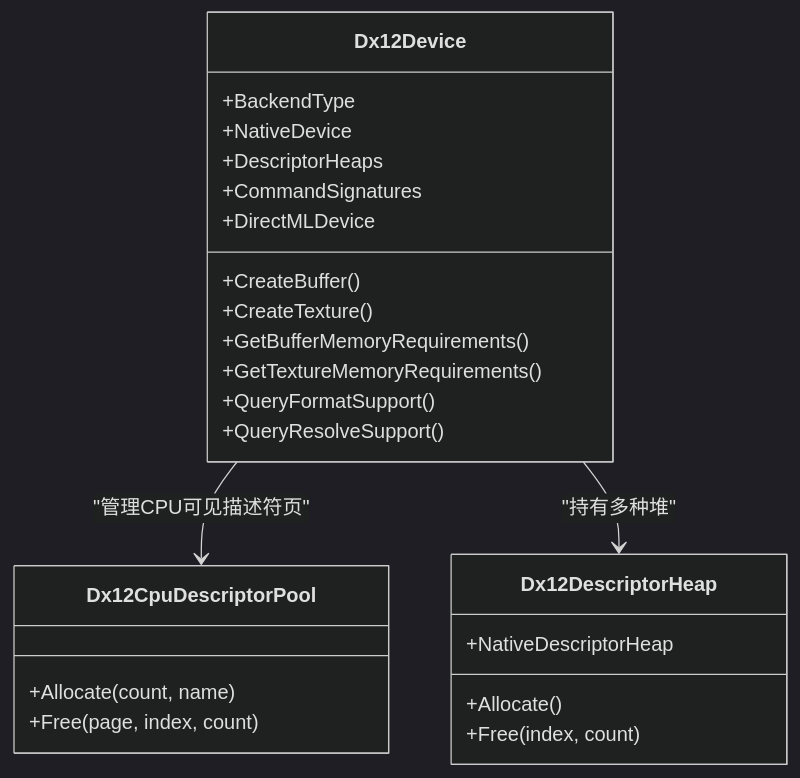
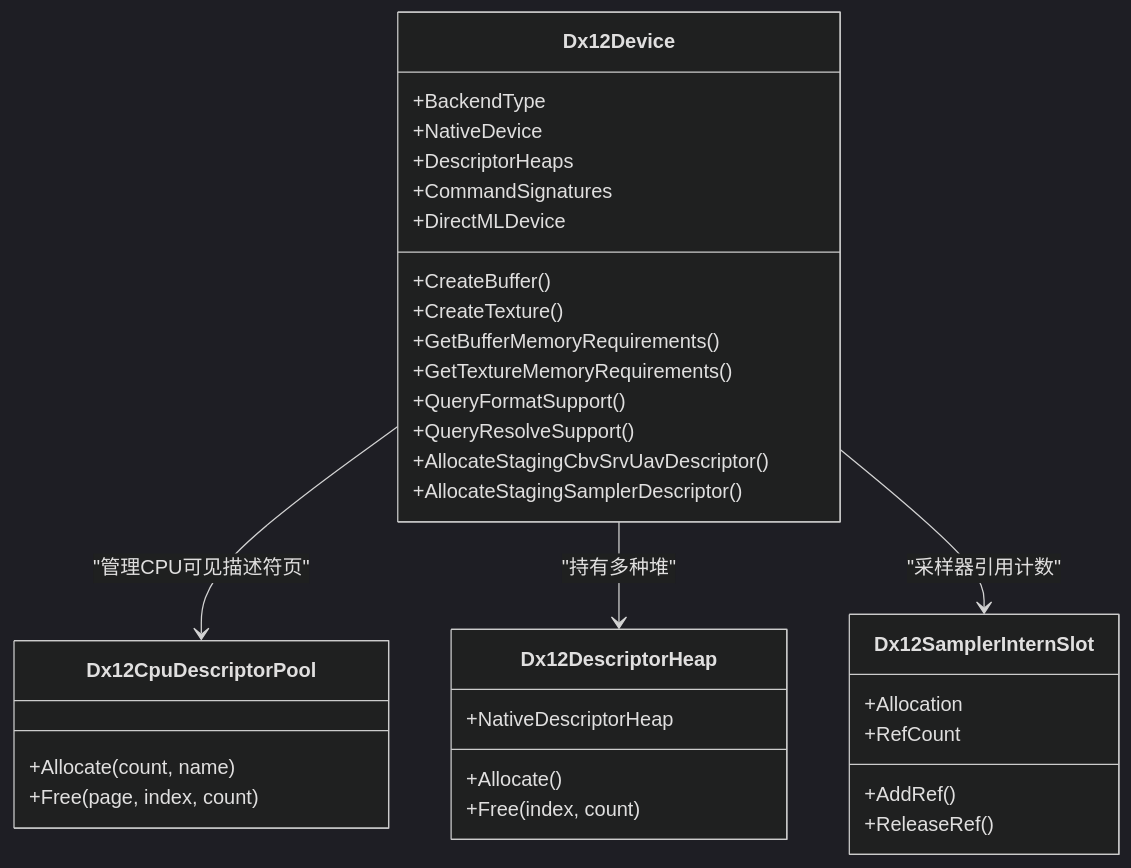
Before and after one commit to haolange/SharpGPU: the third of 10 diagrams in .qoder/repowiki/zh/content/后端实现/DirectX 12 后端.md, drawn with Mermaid (dark theme). The commit also changed other lines of this file and 4 other files, not shown here.

````diff
--- a/.qoder/repowiki/zh/content/后端实现/DirectX 12 后端.md
+++ b/.qoder/repowiki/zh/content/后端实现/DirectX 12 后端.md
@@ -120,27 +144,36 @@
 ```mermaid
 classDiagram
 class Dx12Device {
 +BackendType
 +NativeDevice
 +DescriptorHeaps
 +CommandSignatures
 +DirectMLDevice
 +CreateBuffer()
 +CreateTexture()
 +GetBufferMemoryRequirements()
 +GetTextureMemoryRequirements()
 +QueryFormatSupport()
 +QueryResolveSupport()
++AllocateStagingCbvSrvUavDescriptor()
++AllocateStagingSamplerDescriptor()
 }
 class Dx12CpuDescriptorPool {
 +Allocate(count, name)
 +Free(page, index, count)
 }
 class Dx12DescriptorHeap {
 +Allocate()
 +Free(index, count)
 +NativeDescriptorHeap
 }
+class Dx12SamplerInternSlot {
++Allocation
++RefCount
++AddRef()
++ReleaseRef()
+}
 Dx12Device --> Dx12CpuDescriptorPool : "管理CPU可见描述符页"
 Dx12Device --> Dx12DescriptorHeap : "持有多种堆"
+Dx12Device --> Dx12SamplerInternSlot : "采样器引用计数"
 ```
````
